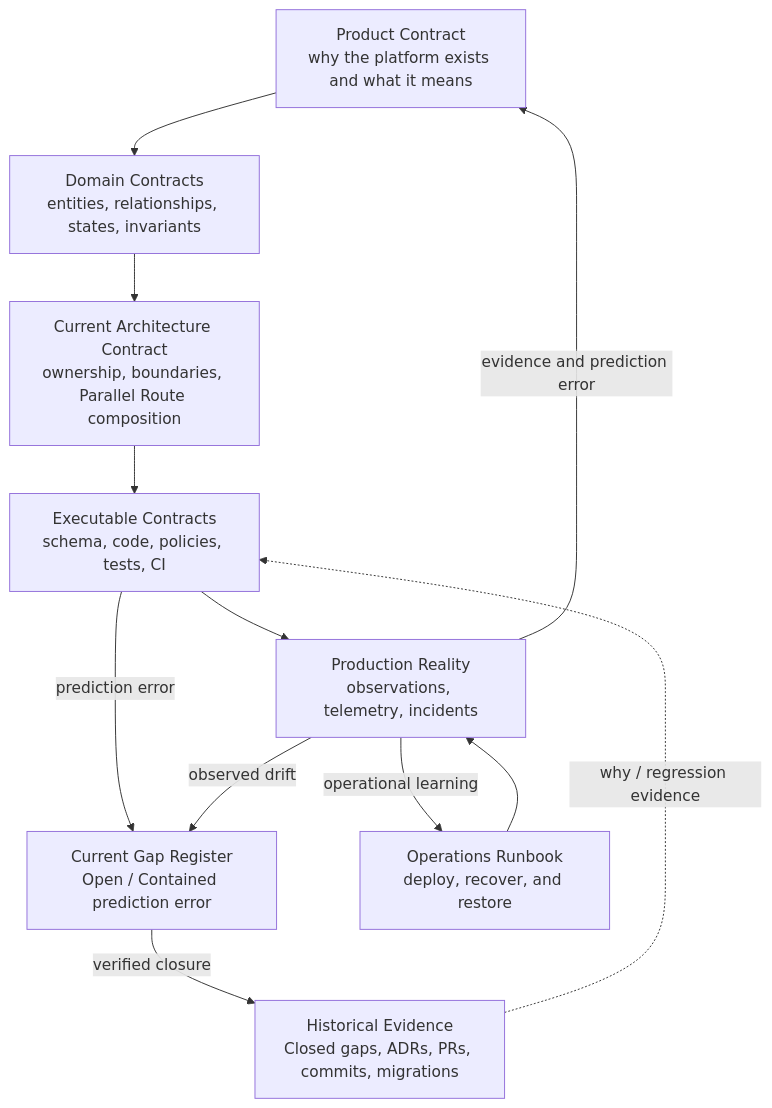
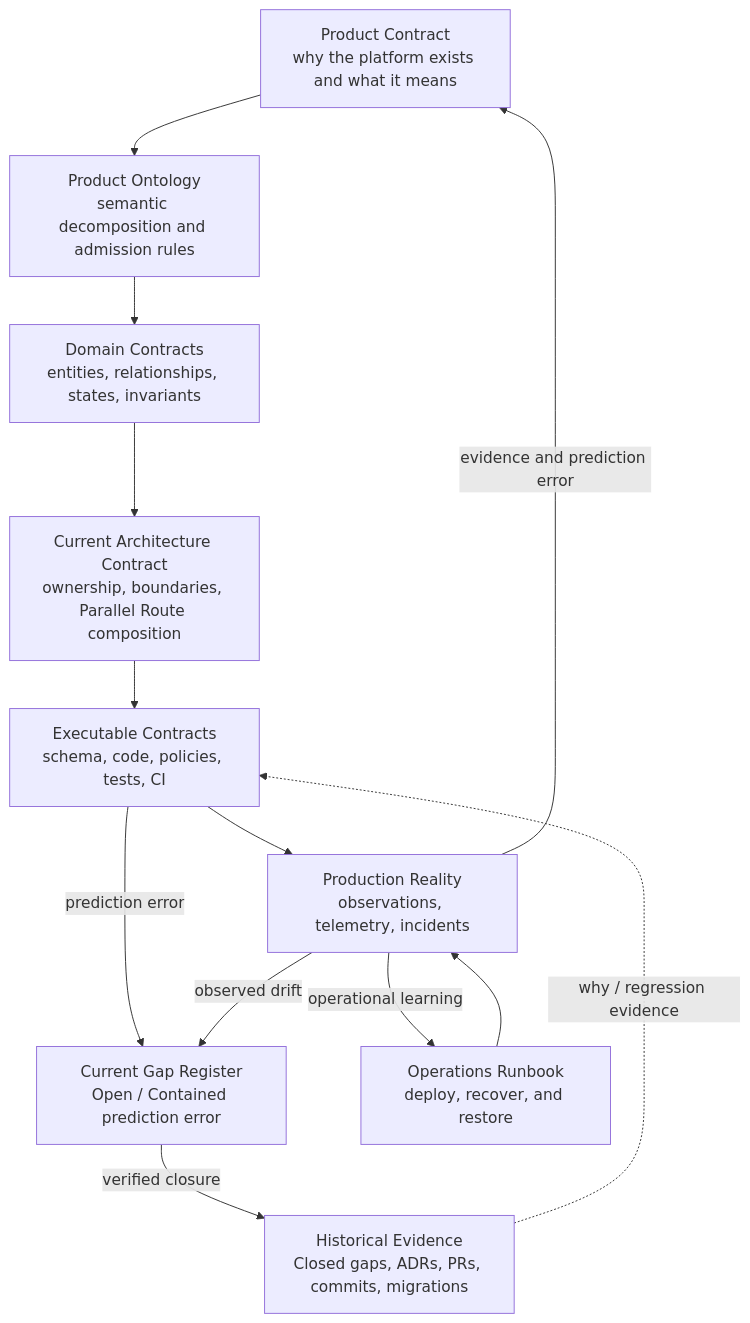
One commit to 963sup/No-Code-Collaboration-Platform changed the diagram in docs/README.md. Above: the diagram before and after it, drawn with Mermaid. The commit also changed other lines of this file, not shown here.

Commit message:
docs: route product ontology

````diff
--- a/docs/README.md
+++ b/docs/README.md
@@ -19,23 +20,25 @@
 ```mermaid
 flowchart TB
   product["Product Contract<br/>why the platform exists and what it means"]
+  ontology["Product Ontology<br/>semantic decomposition and admission rules"]
   domain["Domain Contracts<br/>entities, relationships, states, invariants"]
   architecture["Current Architecture Contract<br/>ownership, boundaries, Parallel Route composition"]
   executable["Executable Contracts<br/>schema, code, policies, tests, CI"]
   production["Production Reality<br/>observations, telemetry, incidents"]
   gaps["Current Gap Register<br/>Open / Contained prediction error"]
   history["Historical Evidence<br/>Closed gaps, ADRs, PRs, commits, migrations"]
   runbook["Operations Runbook<br/>deploy, recover, and restore"]
 
-  product --> domain
+  product --> ontology
+  ontology --> domain
   domain --> architecture
   architecture --> executable
   executable --> production
   executable -->|"prediction error"| gaps
   production -->|"observed drift"| gaps
   gaps -->|"verified closure"| history
   history -.->|"why / regression evidence"| executable
   production -->|"evidence and prediction error"| product
   runbook --> production
   production -->|"operational learning"| runbook
 ```
````
